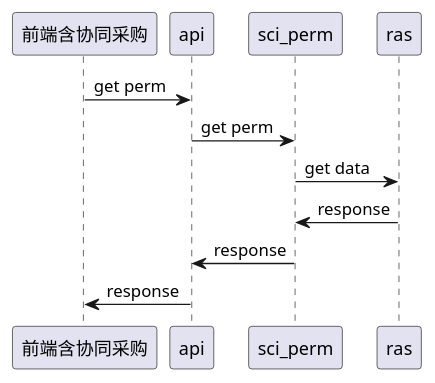
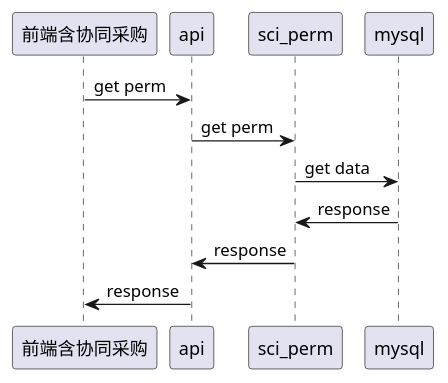
One commit to cmCAFEBABE/myProjects changed the diagram in my_study/src/main/resources/project/plant_uml/同舟公告栏/数据共享二期_权限流图.puml. Above: the diagram before and after it, drawn with PlantUML. The commit also changed 34 other files, not shown here.

```diff
--- a/my_study/src/main/resources/project/plant_uml/同舟公告栏/数据共享二期_权限流图.puml
+++ b/my_study/src/main/resources/project/plant_uml/同舟公告栏/数据共享二期_权限流图.puml
@@ -1,9 +1,8 @@
 @startuml
-
 前端含协同采购 -> api: get perm
 api -> sci_perm: get perm
-sci_perm -> ras: get data
-ras -> sci_perm:response
+sci_perm -> mysql: get data
+mysql -> sci_perm:response
 sci_perm -> api:response
 api -> 前端含协同采购: response
 @enduml
```
